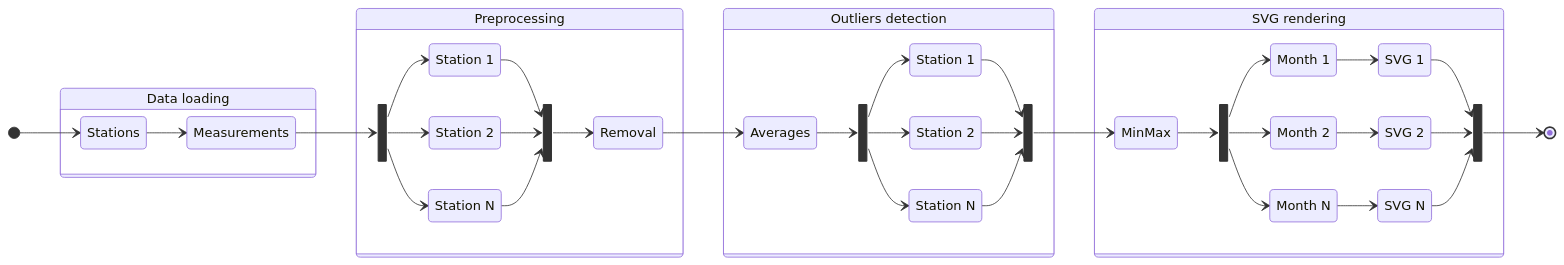
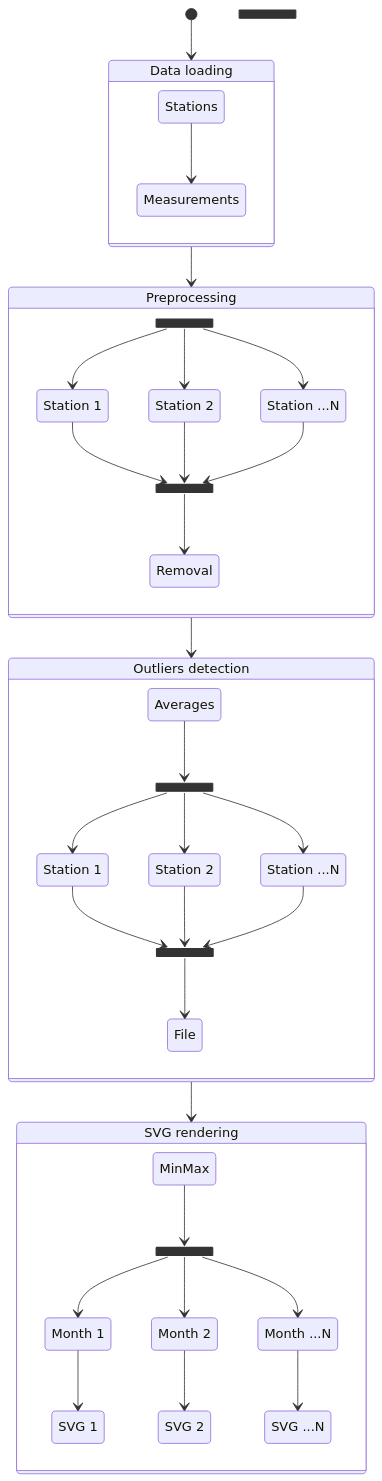
The diagram in sem01/README.md (Maneren/KIV-UPP), drawn with Mermaid before and after one commit. The commit also changed other lines of this file, not shown here.

````diff
--- a/sem01/README.md
+++ b/sem01/README.md
@@ -50,63 +50,59 @@
 ```mermaid
 stateDiagram-v2
-    direction LR
     state PFork <<fork>>
     state PJoin <<join>>
     DL : Data loading
-    [*] --> Stations
+    [*] --> DL
     state DL {
         Stations --> Measurements
-        Measurements --> PFork
     }
+    DL --> Preprocessing
     state OFork <<fork>>
     state OJoin <<join>>
     state Preprocessing {
         PS1 : Station 1
         PS2 : Station 2
-        PS3 : Station N
+        PS3 : Station ...N
         PFork --> PS1
         PFork --> PS2
         PFork --> PS3
         PS1 --> PJoin
         PS2 --> PJoin
         PS3 --> PJoin
         PJoin --> Removal
-        Removal --> Averages
     }
+    Preprocessing --> Outliers
     state RFork <<fork>>
     state RJoin <<join>>
     Outliers : Outliers detection
     state Outliers {
         Averages --> OFork
         OS1 : Station 1
         OS2 : Station 2
-        OS3 : Station N
+        OS3 : Station ...N
         OFork --> OS1
         OFork --> OS2
         OFork --> OS3
         OS1 --> OJoin
         OS2 --> OJoin
         OS3 --> OJoin
-        OJoin --> MinMax
+        OJoin --> File
     }
+    Outliers --> Rendering
     Rendering : SVG rendering
     state Rendering {
       MinMax --> RFork
       RM1 : Month 1
       RM2 : Month 2
-      RM3 : Month N
+      RM3 : Month ...N
       RS1 : SVG 1
       RS2 : SVG 2
-      RS3 : SVG N
+      RS3 : SVG ...N
       RFork --> RM1
       RFork --> RM2
       RFork --> RM3
       RM1 --> RS1
       RM2 --> RS2
       RM3 --> RS3
-      RS1 --> RJoin
-      RS2 --> RJoin
-      RS3 --> RJoin
     }
-    RJoin --> [*]
 ```
````
